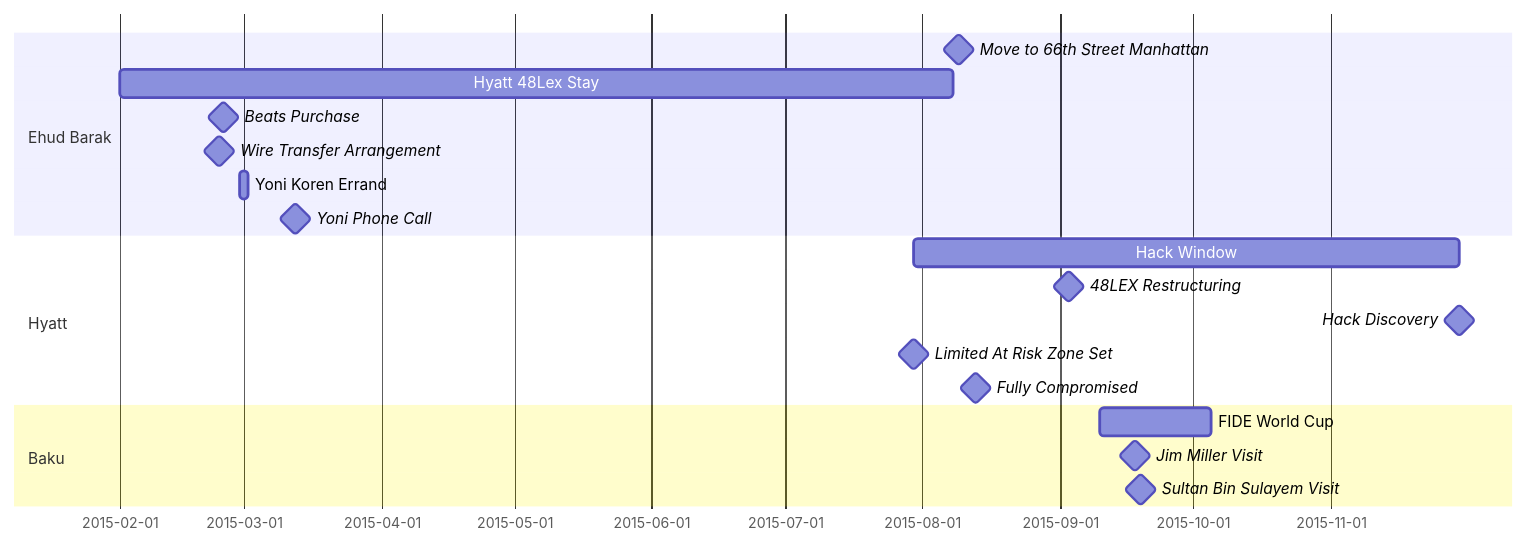
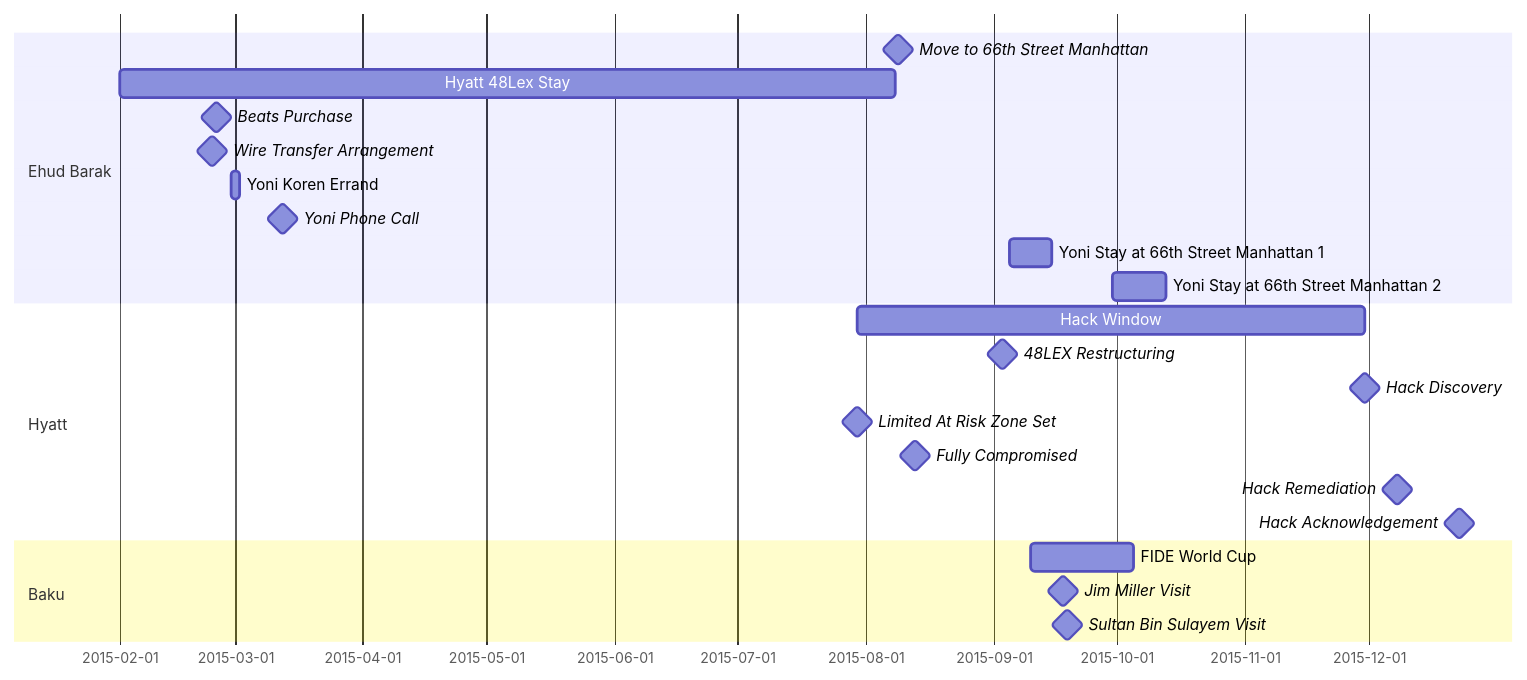
One commit to s0cks/osint-who-hacked-us changed the diagram in src/full-timeline.mmd. Above: the diagram before and after it, drawn with Mermaid. The commit also changed 23 other files, not shown here.

```diff
--- a/src/full-timeline.mmd
+++ b/src/full-timeline.mmd
@@ -1,19 +1,23 @@
 gantt
   dateFormat YYYY-MM-DD
   section Ehud Barak
-    Move to 66th Street Manhattan :milestone, eb1, 2015-08-09, 0d
-    Hyatt 48Lex Stay              : eb1, 2015-02-01, 2015-08-08
-    Beats Purchase                :milestone, eb2, 2015-02-24, 1d
-    Wire Transfer Arrangement     :milestone, eb3, 2015-02-23, 1d
-    Yoni Koren Errand             : eb4, 2015-02-28, 2015-03-02
-    Yoni Phone Call               :milestone, eb5, 2015-03-12, 1d
+    Move to 66th Street Manhattan        :milestone, eb1, 2015-08-09, 0d
+    Hyatt 48Lex Stay                     : eb2, 2015-02-01, 2015-08-08
+    Beats Purchase                       :milestone, eb3, 2015-02-24, 1d
+    Wire Transfer Arrangement            :milestone, eb4, 2015-02-23, 1d
+    Yoni Koren Errand                    : eb5, 2015-02-28, 2015-03-02
+    Yoni Phone Call                      :milestone, eb6, 2015-03-12, 1d
+    Yoni Stay at 66th Street Manhattan 1 : eb7, 2015-09-05, 2015-09-15
+    Yoni Stay at 66th Street Manhattan 2 : eb8, 2015-09-30, 2015-10-13
   section Hyatt
-    Hack Window                   : hy1, 2015-07-30, 2015-11-30
-    48LEX Restructuring           :milestone, hy2, 2015-09-03, 0d
-    Hack Discovery                :milestone, hy3, 2015-11-30, 0d
-    Limited At Risk Zone Set      :milestone, hy1, 2015-07-30, 0d
-    Fully Compromised             :milestone, hy2, 2015-08-13, 0d
+    Hack Window                          : hy1, 2015-07-30, 2015-11-30
+    48LEX Restructuring                  :milestone, hy2, 2015-09-03, 0d
+    Hack Discovery                       :milestone, hy3, 2015-11-30, 0d
+    Limited At Risk Zone Set             :milestone, hy4, 2015-07-30, 0d
+    Fully Compromised                    :milestone, hy5, 2015-08-13, 0d
+    Hack Remediation                     :milestone, hy6, 2015-12-08, 0d
+    Hack Acknowledgement                 :milestone, hy7, 2015-12-23, 0d
   section Baku
-    FIDE World Cup                : bk1, 2015-09-10, 2015-10-05
-    Jim Miller Visit              :milestone, bk2, 2015-09-18, 0d
-    Sultan Bin Sulayem Visit      :milestone, bk3, 2015-09-19, 0d
+    FIDE World Cup                       : bk1, 2015-09-10, 2015-10-05
+    Jim Miller Visit                     :milestone, bk2, 2015-09-18, 0d
+    Sultan Bin Sulayem Visit             :milestone, bk3, 2015-09-19, 0d
```
